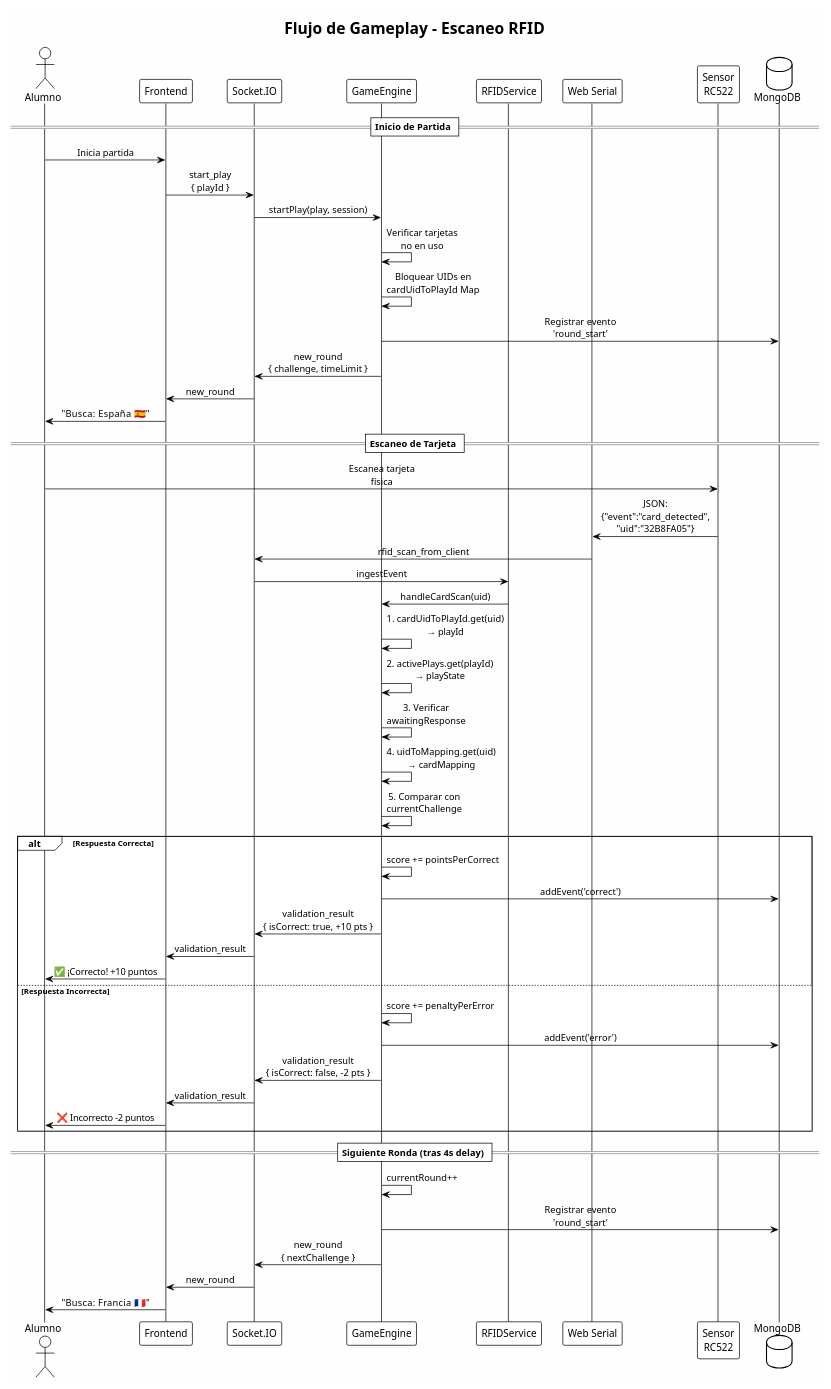
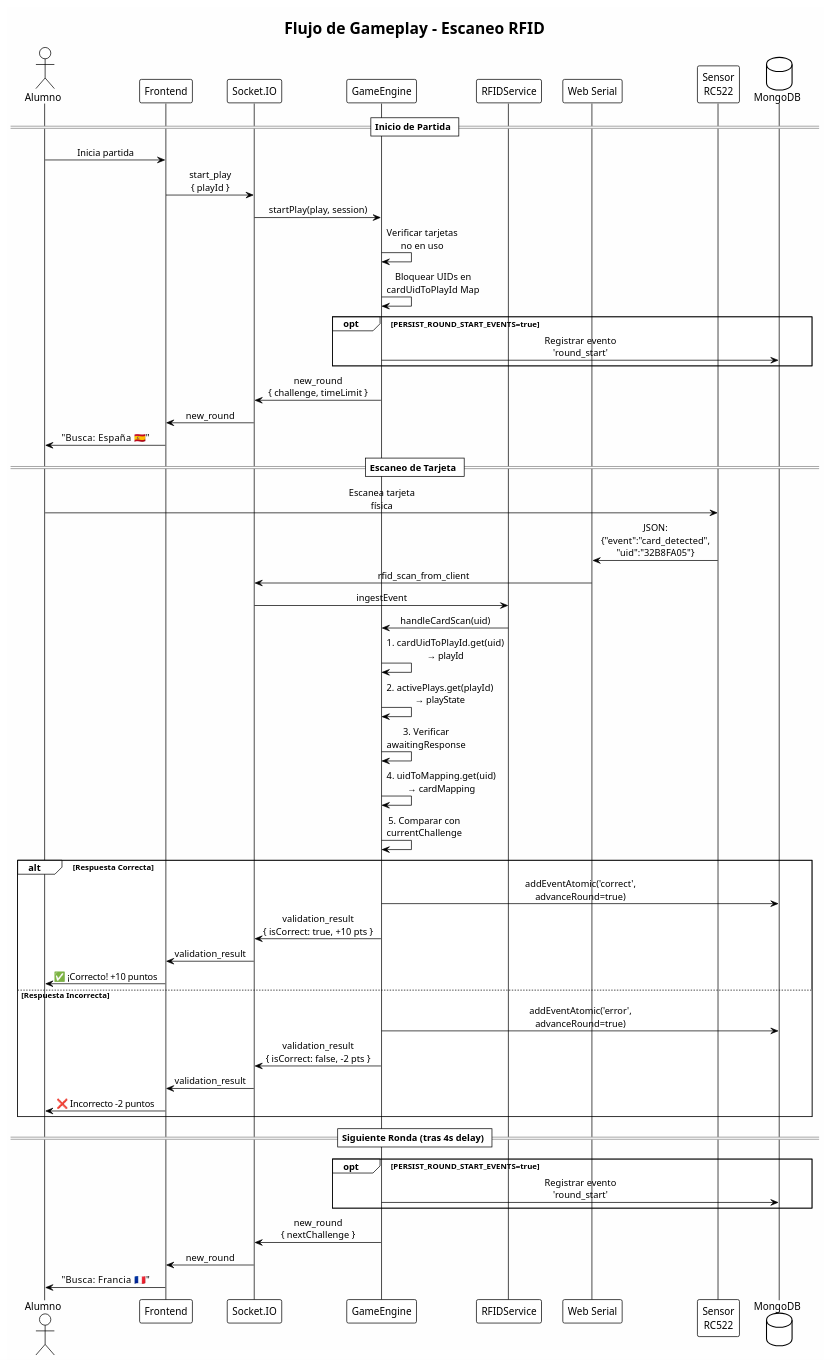
The diagram in backend/docs/diagrams/rfid_gameplay_sequence.puml (Samuel-Prog-CSec/TFG-IoT), drawn with PlantUML before and after one commit. The commit also changed 33 other files, not shown here.

```diff
--- a/backend/docs/diagrams/rfid_gameplay_sequence.puml
+++ b/backend/docs/diagrams/rfid_gameplay_sequence.puml
@@ -1,74 +1,75 @@
 @startuml RFID_Gameplay_Sequence
 
 !theme plain
 skinparam backgroundColor #FEFEFE
 skinparam sequenceMessageAlign center
 
 title Flujo de Gameplay - Escaneo RFID
 
 actor Alumno as User
 participant "Frontend" as FE
 participant "Socket.IO" as Socket
 participant "GameEngine" as Engine
 participant "RFIDService" as RFID
 participant "Web Serial" as WebSerial
 participant "Sensor\nRC522" as Sensor
 database "MongoDB" as DB
 
 == Inicio de Partida ==
 
 User -> FE : Inicia partida
 FE -> Socket : start_play\n{ playId }
 Socket -> Engine : startPlay(play, session)
 
 Engine -> Engine : Verificar tarjetas\nno en uso
 
 Engine -> Engine : Bloquear UIDs en\ncardUidToPlayId Map
 
-Engine -> DB : Registrar evento\n'round_start'
+opt PERSIST_ROUND_START_EVENTS=true
+    Engine -> DB : Registrar evento\n'round_start'
+end
 
 Engine -> Socket : new_round\n{ challenge, timeLimit }
 Socket -> FE : new_round
 FE -> User : "Busca: España 🇪🇸"
 
 == Escaneo de Tarjeta ==
 
 User -> Sensor : Escanea tarjeta\nfísica
 Sensor -> WebSerial : JSON:\n{"event":"card_detected",\n"uid":"32B8FA05"}
 WebSerial -> Socket : rfid_scan_from_client
 Socket -> RFID : ingestEvent
 RFID -> Engine : handleCardScan(uid)
 
 Engine -> Engine : 1. cardUidToPlayId.get(uid)\n→ playId
 
 Engine -> Engine : 2. activePlays.get(playId)\n→ playState
 
 Engine -> Engine : 3. Verificar\nawaitingResponse
 
 Engine -> Engine : 4. uidToMapping.get(uid)\n→ cardMapping
 
 Engine -> Engine : 5. Comparar con\ncurrentChallenge
 
 alt Respuesta Correcta
-    Engine -> Engine : score += pointsPerCorrect
-    Engine -> DB : addEvent('correct')
+    Engine -> DB : addEventAtomic('correct',\nadvanceRound=true)
     Engine -> Socket : validation_result\n{ isCorrect: true, +10 pts }
     Socket -> FE : validation_result
     FE -> User : ✅ ¡Correcto! +10 puntos
 else Respuesta Incorrecta
-    Engine -> Engine : score += penaltyPerError
-    Engine -> DB : addEvent('error')
+    Engine -> DB : addEventAtomic('error',\nadvanceRound=true)
     Engine -> Socket : validation_result\n{ isCorrect: false, -2 pts }
     Socket -> FE : validation_result
     FE -> User : ❌ Incorrecto -2 puntos
 end
 
 == Siguiente Ronda (tras 4s delay) ==
 
-Engine -> Engine : currentRound++
-Engine -> DB : Registrar evento\n'round_start'
+opt PERSIST_ROUND_START_EVENTS=true
+    Engine -> DB : Registrar evento\n'round_start'
+end
 Engine -> Socket : new_round\n{ nextChallenge }
 Socket -> FE : new_round
 FE -> User : "Busca: Francia 🇫🇷"
 
 @enduml
```
